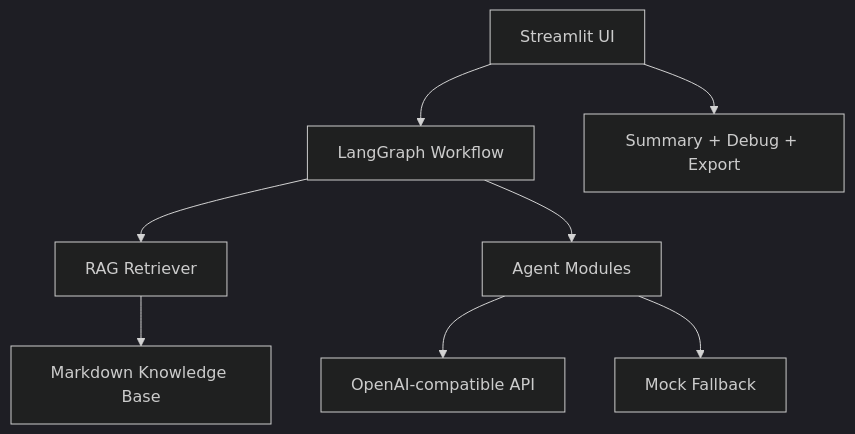
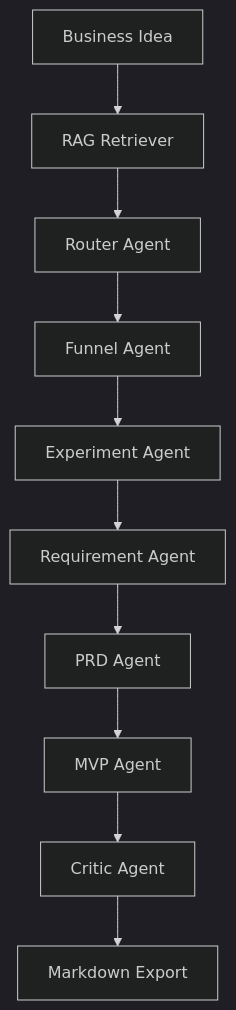
One commit to AEsir-Official/GrowthPilot-Agent-LangGraph-AI- changed the diagram in intership_program/growthpilot-agent/README.md. Above: the diagram before and after it, drawn with Mermaid (dark theme). The commit also changed other lines of this file and 22 other files, not shown here.

````diff
--- a/intership_program/growthpilot-agent/README.md
+++ b/intership_program/growthpilot-agent/README.md
@@ -161,10 +44,12 @@
 ```mermaid
 flowchart TD
-    A["Streamlit UI"] --> B["LangGraph Workflow"]
-    B --> C["RAG Retriever"]
-    C --> D["Markdown Knowledge Base"]
-    B --> E["Agent Modules"]
-    E --> F["OpenAI-compatible API"]
-    E --> G["Mock Fallback"]
-    A --> H["Summary + Debug + Export"]
+    A["Business Idea"] --> B["RAG Retriever"]
+    B --> C["Router Agent"]
+    C --> D["Funnel Agent"]
+    D --> E["Experiment Agent"]
+    E --> F["Requirement Agent"]
+    F --> G["PRD Agent"]
+    G --> H["MVP Agent"]
+    H --> I["Critic Agent"]
+    I --> J["Markdown Export"]
 ```
````
